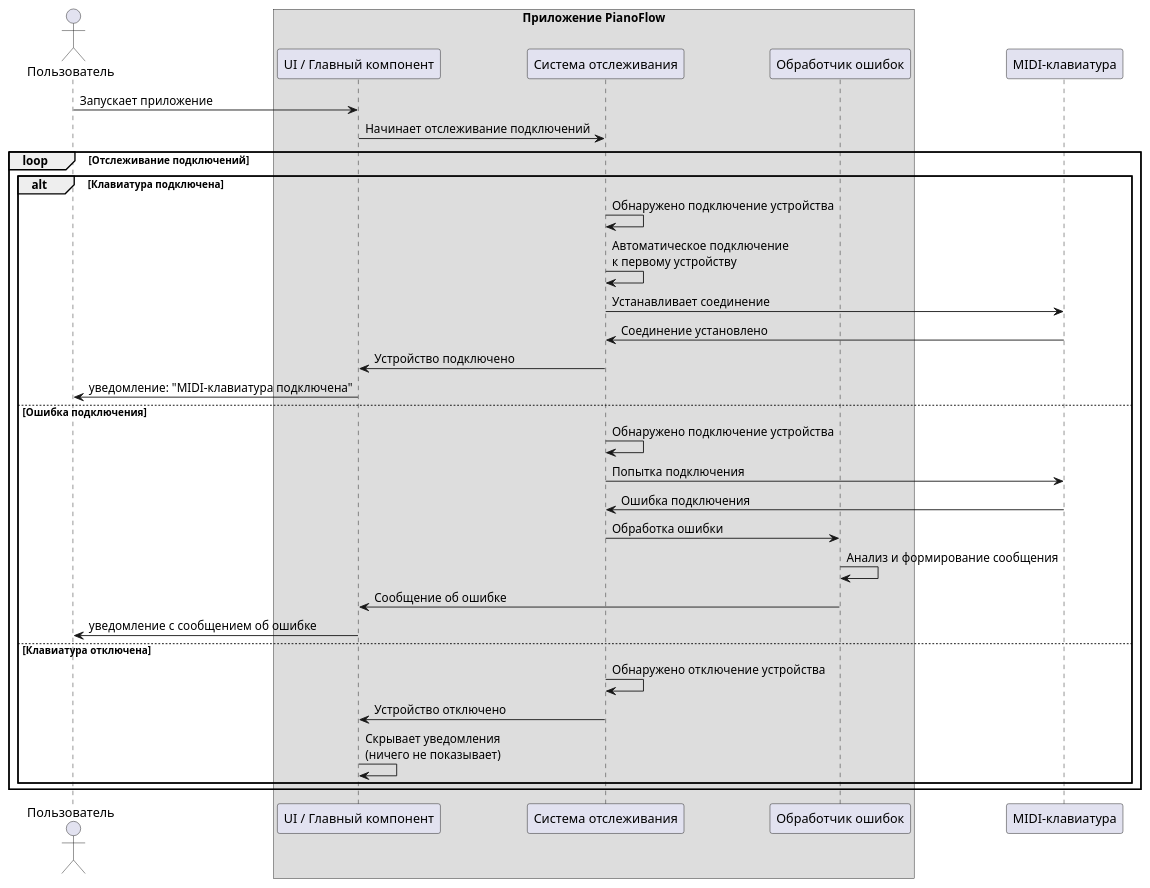
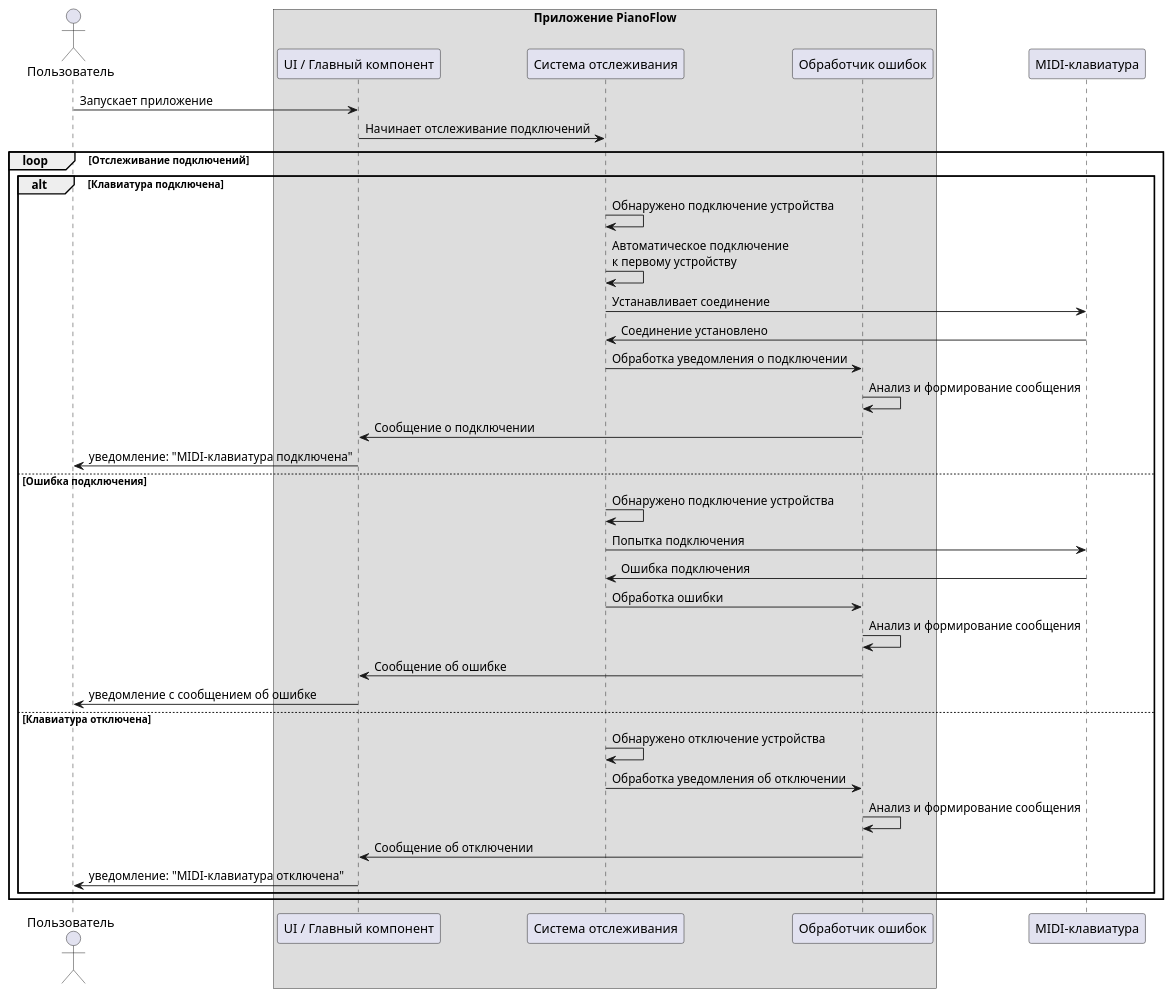
Before and after one commit to astrizhachuk/PianoFlow: the second of 2 diagrams in docs/uc/USB_MIDI_KEYBOARD.md, drawn with PlantUML. The commit also changed other lines of this file, not shown here.

Commit message:
docs: обновление документации по USB MIDI-клавиатуре, добавление уведомлений об отключении устройства и уточнение обработки состояний подключения

````diff
--- a/docs/uc/USB_MIDI_KEYBOARD.md
+++ b/docs/uc/USB_MIDI_KEYBOARD.md
@@ -241,38 +211,42 @@
 ```plantuml
 @startuml
 actor Пользователь as User
 box "Приложение PianoFlow"
   participant "UI / Главный компонент" as UI
   participant "Система отслеживания" as Tracker
   participant "Обработчик ошибок" as ErrorHandler
 end box
 participant "MIDI-клавиатура" as Keyboard
 
 User -> UI : Запускает приложение
 UI -> Tracker : Начинает отслеживание подключений
 
 loop Отслеживание подключений
   alt Клавиатура подключена
     Tracker -> Tracker : Обнаружено подключение устройства
     Tracker -> Tracker : Автоматическое подключение\nк первому устройству
     Tracker -> Keyboard : Устанавливает соединение
     Keyboard -> Tracker : Соединение установлено
-    Tracker -> UI : Устройство подключено
+    Tracker -> ErrorHandler : Обработка уведомления о подключении
+    ErrorHandler -> ErrorHandler : Анализ и формирование сообщения
+    ErrorHandler -> UI : Сообщение о подключении
     UI -> User : уведомление: "MIDI-клавиатура подключена"
   else Ошибка подключения
     Tracker -> Tracker : Обнаружено подключение устройства
     Tracker -> Keyboard : Попытка подключения
     Keyboard -> Tracker : Ошибка подключения
     Tracker -> ErrorHandler : Обработка ошибки
     ErrorHandler -> ErrorHandler : Анализ и формирование сообщения
     ErrorHandler -> UI : Сообщение об ошибке
     UI -> User : уведомление с сообщением об ошибке
   else Клавиатура отключена
     Tracker -> Tracker : Обнаружено отключение устройства
-    Tracker -> UI : Устройство отключено
-    UI -> UI : Скрывает уведомления\n(ничего не показывает)
+    Tracker -> ErrorHandler : Обработка уведомления об отключении
+    ErrorHandler -> ErrorHandler : Анализ и формирование сообщения
+    ErrorHandler -> UI : Сообщение об отключении
+    UI -> User : уведомление: "MIDI-клавиатура отключена"
   end
 end
 
 @enduml
 ```
````
